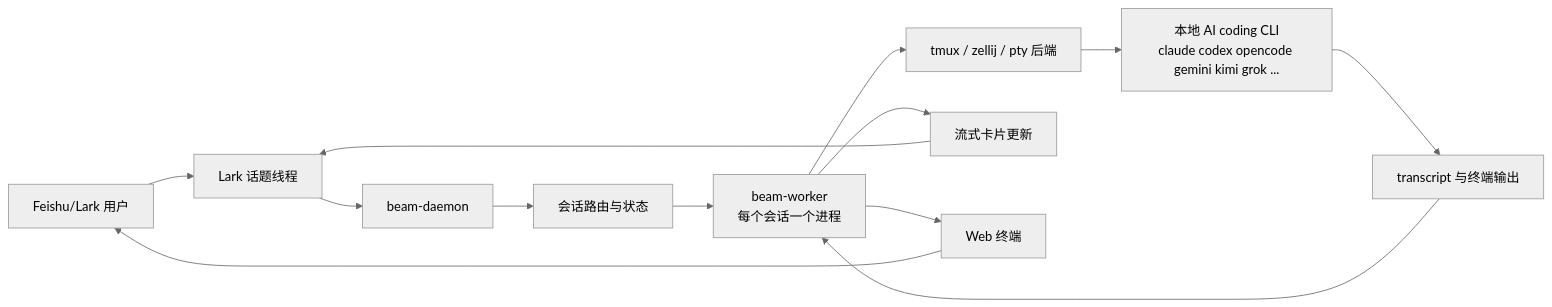
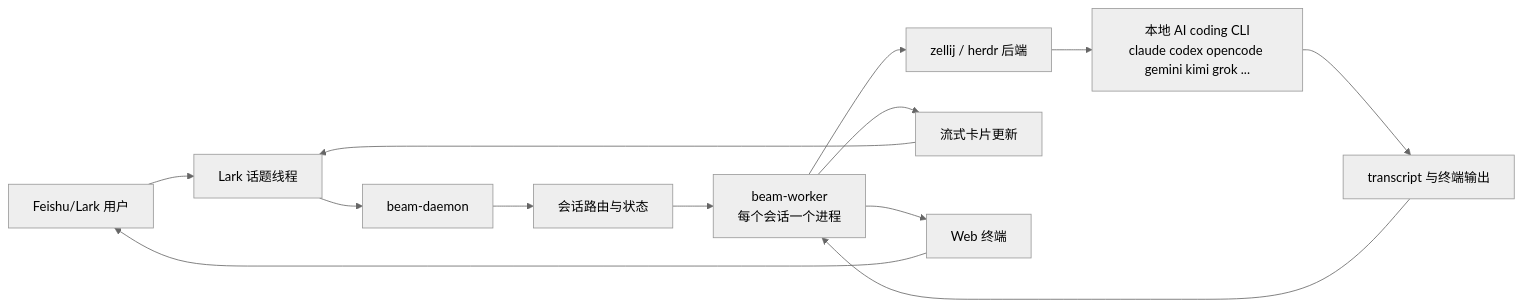
One commit to linuxhenhao/beam changed the diagram in README.md. Above: the diagram before and after it, drawn with Mermaid (neutral theme). The commit also changed other lines of this file and 1 other file, not shown here.

````diff
--- a/README.md
+++ b/README.md
@@ -35,15 +33,15 @@
 ```mermaid
 flowchart LR
     U[Feishu/Lark 用户] --> T[Lark 话题线程]
     T --> D[beam-daemon]
     D --> S[会话路由与状态]
     S --> W[beam-worker<br/>每个会话一个进程]
-    W --> B[tmux / zellij / pty 后端]
+    W --> B[zellij / herdr 后端]
     B --> C[本地 AI coding CLI<br/>claude codex opencode gemini kimi grok ...]
     W --> K[流式卡片更新]
     W --> P[Web 终端]
     C --> O[transcript 与终端输出]
     O --> W
     K --> T
     P --> U
 ```
````
